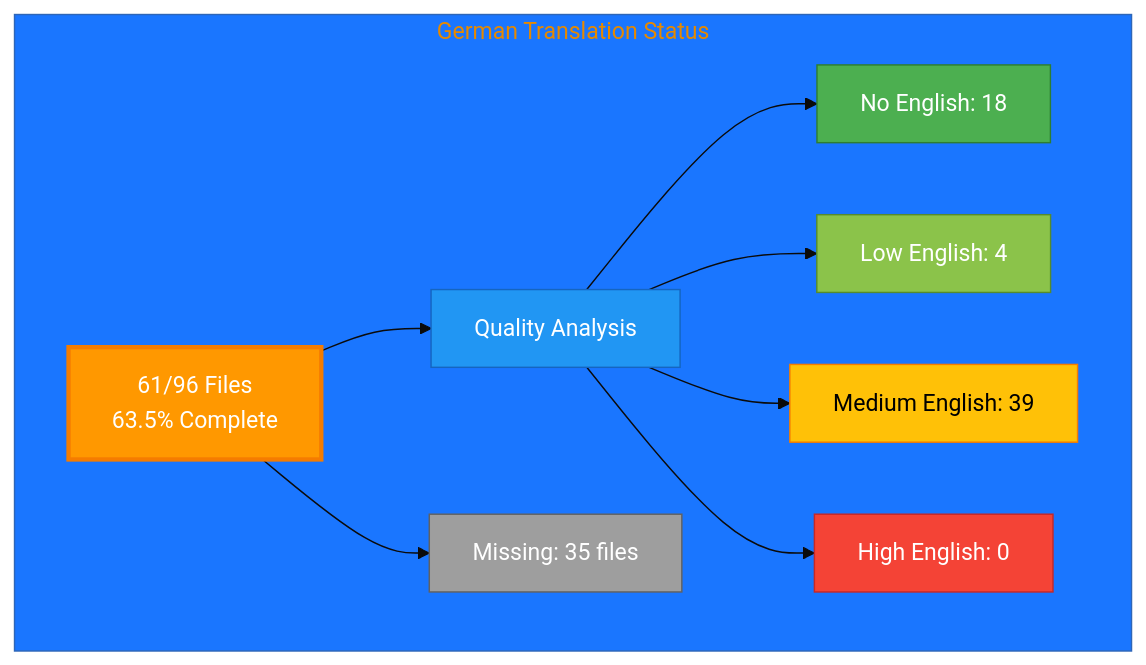
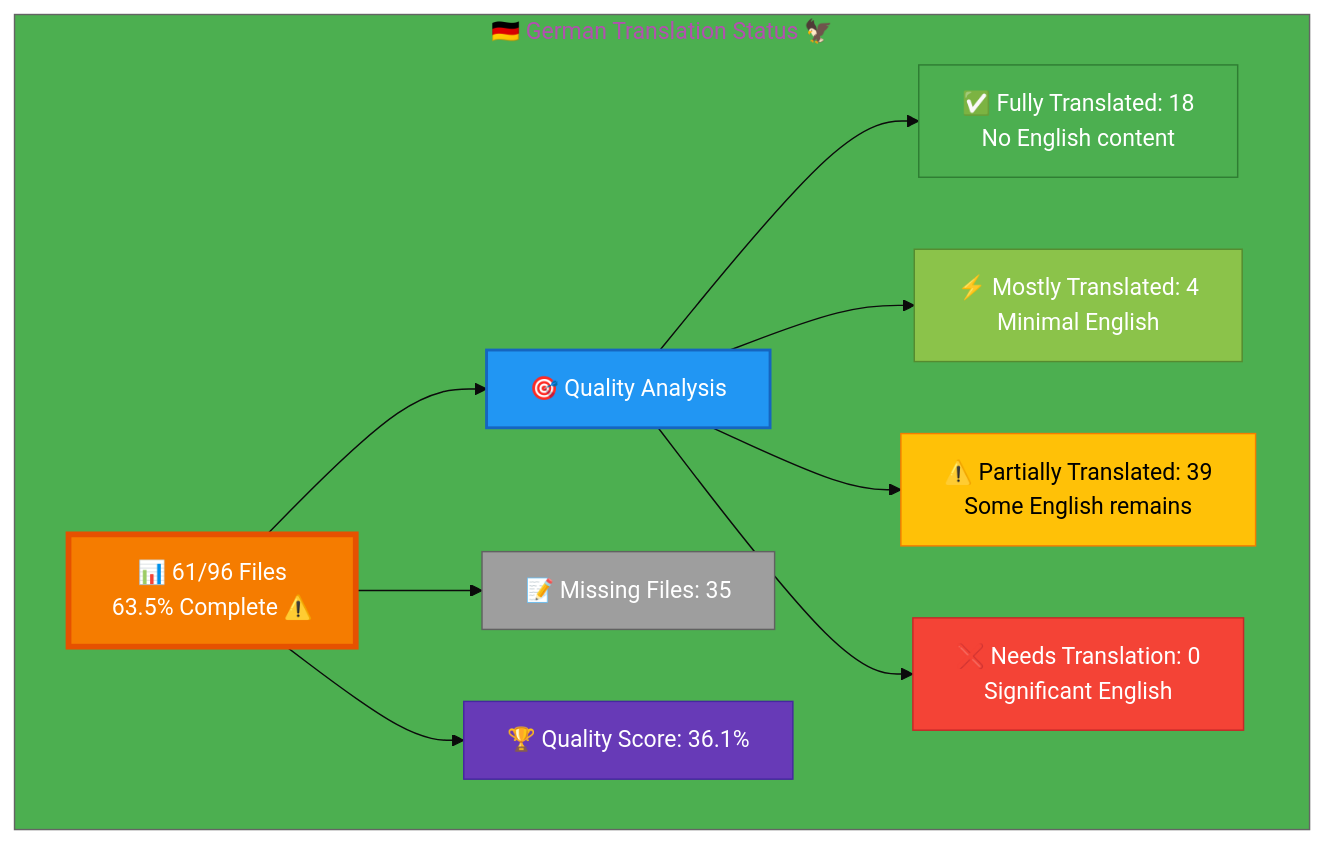
The diagram in German-Translation-Status.md (Hack23/homepage), drawn with Mermaid before and after one commit. The commit also changed other lines of this file and 26 other files, not shown here.

Commit message:
Complete validation & enhancement: icons, color-coded Mermaid diagrams, accuracy verified for all 26 files

````diff
--- a/German-Translation-Status.md
+++ b/German-Translation-Status.md
@@ -11,22 +12,26 @@
 ```mermaid
-%%{init: {'theme':'base', 'themeVariables': { 'primaryColor':'#FF9800'}}}%%
+%%{init: {'theme':'base', 'themeVariables': {'primaryColor':'#F57C00','secondaryColor':'#2196F3','tertiaryColor':'#4CAF50','fontSize':'16px'}}}%%
 graph TB
-    subgraph "German Translation Status"
-        A[61/96 Files<br/>63.5% Complete]
-        A --> B[Quality Analysis]
-        B --> C[No English: 18]
-        B --> D[Low English: 4]
-        B --> E[Medium English: 39]
-        B --> F[High English: 0]
+    subgraph "🇩🇪 German Translation Status 🦅"
+        A["📊 61/96 Files<br/>63.5% Complete ⚠️"]
         
-        A --> G[Missing: 35 files]
+        A --> B["🎯 Quality Analysis"]
+        B --> C["✅ Fully Translated: 18<br/>No English content"]
+        B --> D["⚡ Mostly Translated: 4<br/>Minimal English"]
+        B --> E["⚠️  Partially Translated: 39<br/>Some English remains"]
+        B --> F["❌ Needs Translation: 0<br/>Significant English"]
         
-        style A fill:#FF9800,stroke:#F57C00,color:#fff,stroke-width:3px
-        style B fill:#2196F3,stroke:#1565C0,color:#fff
+        A --> G["📝 Missing Files: 35"]
+        
+        A --> H["🏆 Quality Score: 36.1%"]
+        
+        style A fill:#F57C00,stroke:#E65100,color:#fff,stroke-width:4px
+        style B fill:#2196F3,stroke:#1565C0,color:#fff,stroke-width:2px
         style C fill:#4CAF50,stroke:#2E7D32,color:#fff
         style D fill:#8BC34A,stroke:#558B2F,color:#fff
         style E fill:#FFC107,stroke:#F57C00,color:#000
         style F fill:#F44336,stroke:#C62828,color:#fff
         style G fill:#9E9E9E,stroke:#616161,color:#fff
+        style H fill:#673AB7,stroke:#4527A0,color:#fff
     end
 ```
````
